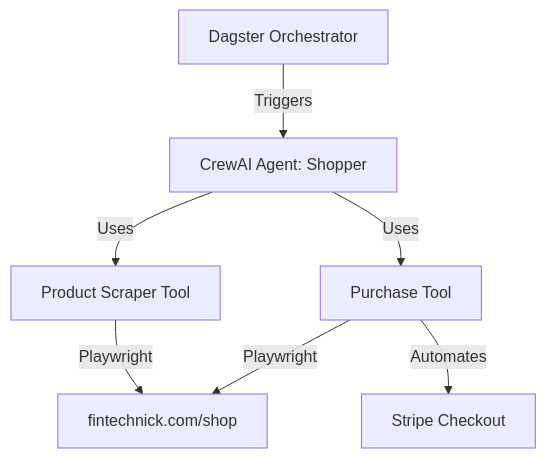
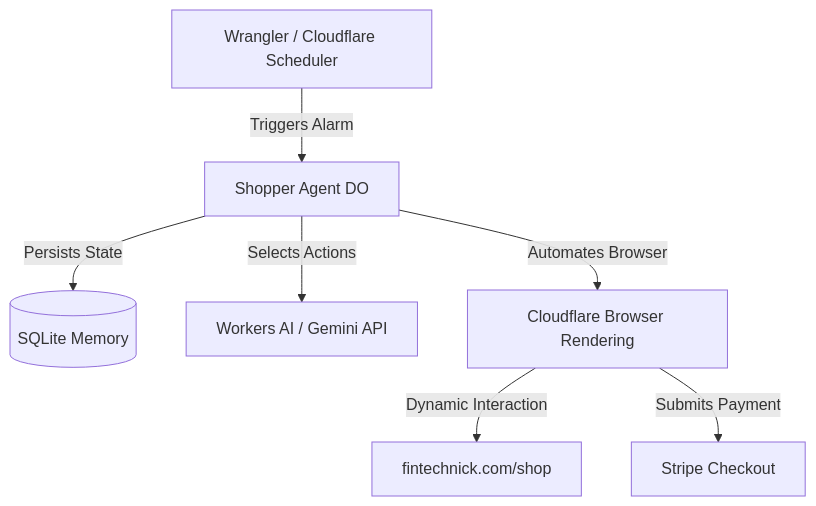
One commit to nickbrett1/agent-swarm changed the diagram in docs/project-guide.md. Above: the diagram before and after it, drawn with Mermaid. The commit also changed other lines of this file and 14 other files, not shown here.

````diff
--- a/docs/project-guide.md
+++ b/docs/project-guide.md
@@ -11,9 +11,9 @@
 ```mermaid
 flowchart TD
-    Dagster[Dagster Orchestrator] -->|Triggers| CrewAI[CrewAI Agent: Shopper]
-    CrewAI -->|Uses| ProductScraper[Product Scraper Tool]
-    CrewAI -->|Uses| PurchaseTool[Purchase Tool]
-    ProductScraper -->|Playwright| WebSite[fintechnick.com/shop]
-    PurchaseTool -->|Playwright| WebSite
-    PurchaseTool -->|Automates| Stripe[Stripe Checkout]
+    Wrangler[Wrangler / Cloudflare Scheduler] -->|Triggers Alarm| ShopperAgent[Shopper Agent DO]
+    ShopperAgent -->|Persists State| SQLite[(SQLite Memory)]
+    ShopperAgent -->|Selects Actions| WorkersAI[Workers AI / Gemini API]
+    ShopperAgent -->|Automates Browser| BrowserRendering[Cloudflare Browser Rendering]
+    BrowserRendering -->|Dynamic Interaction| WebSite[fintechnick.com/shop]
+    BrowserRendering -->|Submits Payment| Stripe[Stripe Checkout]
 ```
````
